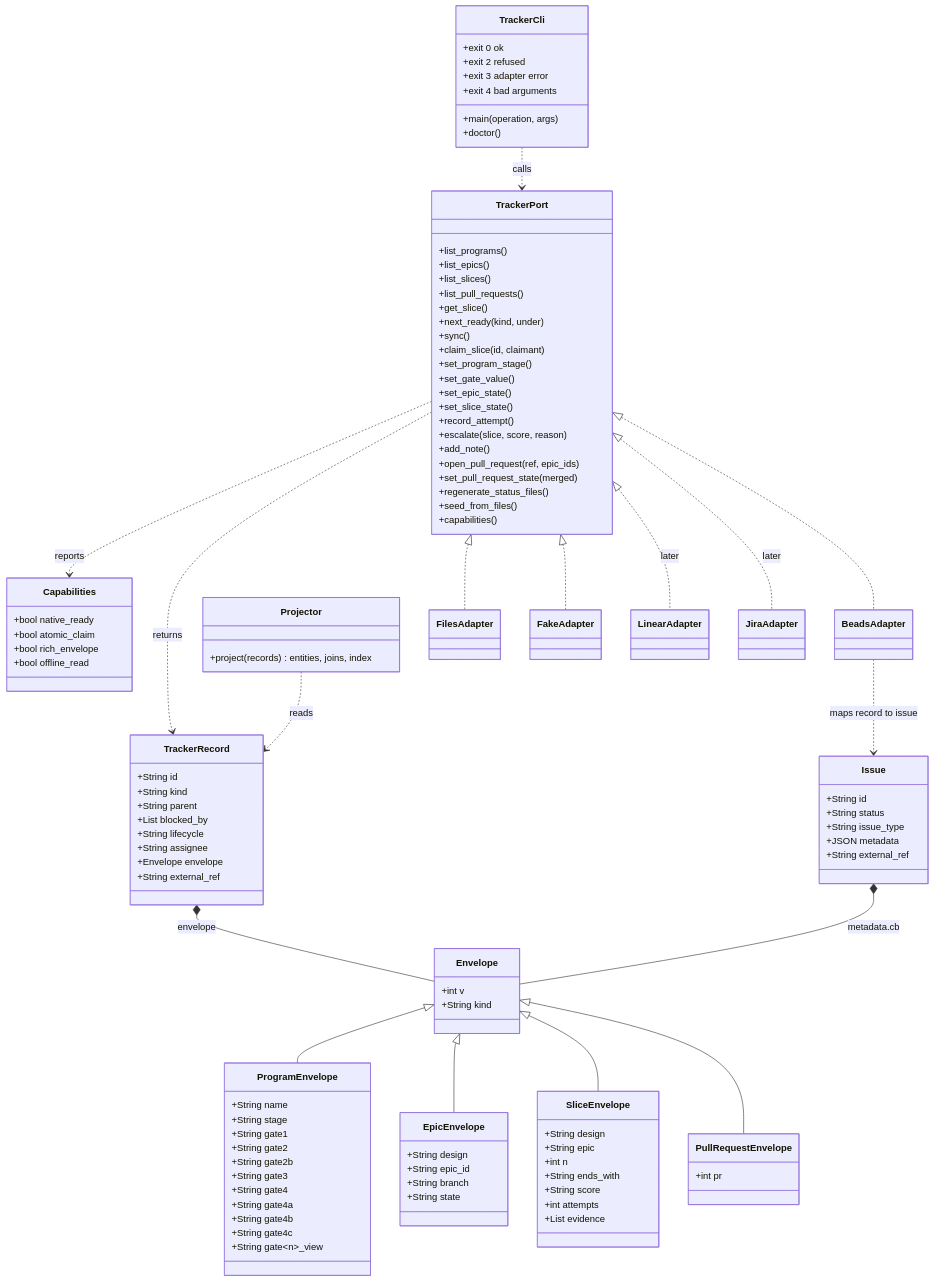
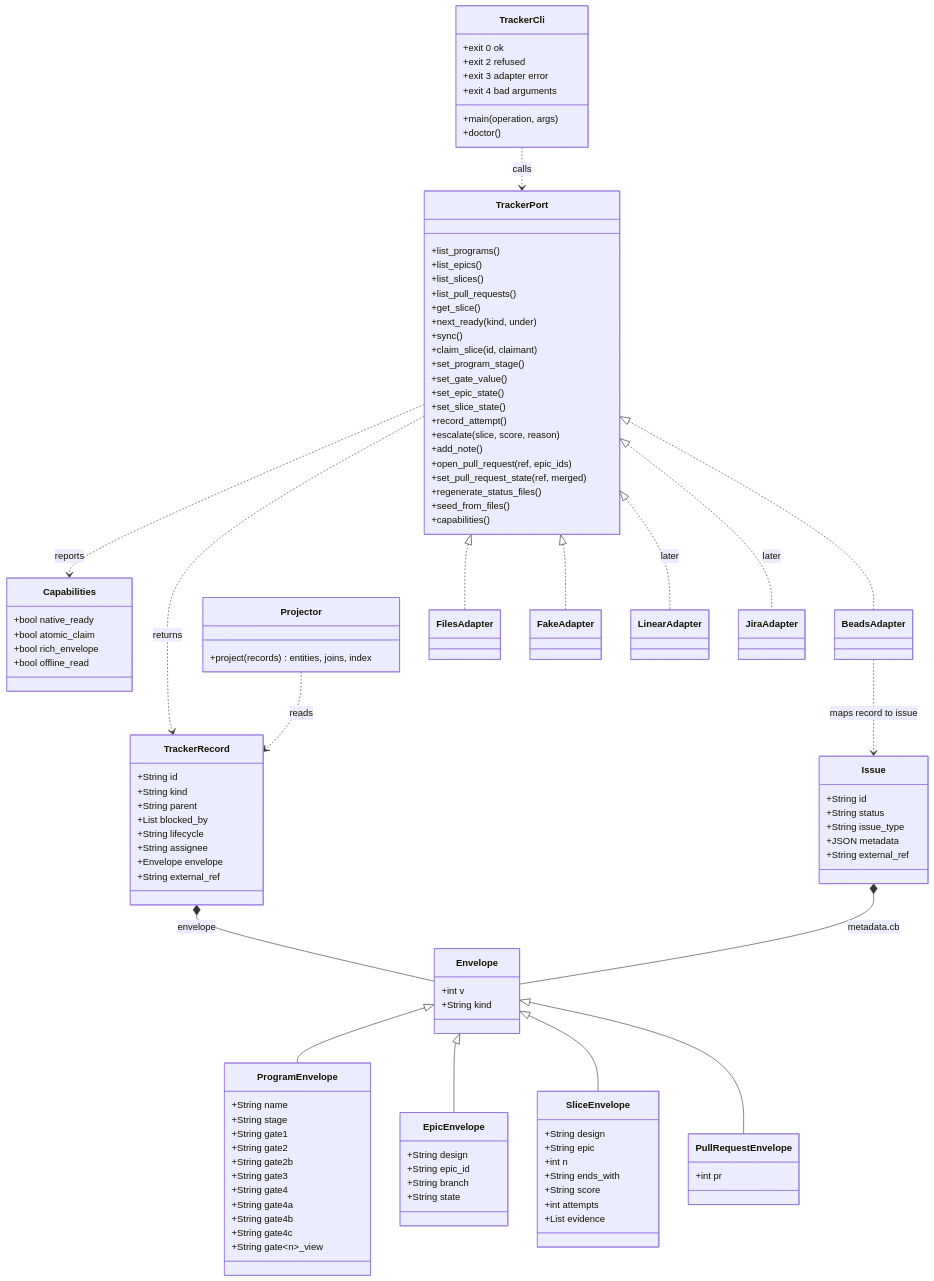
One commit to bjornslib/cobuilder-plugin changed the diagram in docs/architecture/designs/beads-storage/diagrams/level-3.mmd. Above: the diagram before and after it, drawn with Mermaid. The commit also changed 41 other files, not shown here.

```diff
--- a/docs/architecture/designs/beads-storage/diagrams/level-3.mmd
+++ b/docs/architecture/designs/beads-storage/diagrams/level-3.mmd
@@ -1,114 +1,114 @@
 classDiagram
     class TrackerRecord {
         +String id
         +String kind
         +String parent
         +List blocked_by
         +String lifecycle
         +String assignee
         +Envelope envelope
         +String external_ref
     }
     class TrackerPort {
         +list_programs()
         +list_epics()
         +list_slices()
         +list_pull_requests()
         +get_slice()
         +next_ready(kind, under)
         +sync()
         +claim_slice(id, claimant)
         +set_program_stage()
         +set_gate_value()
         +set_epic_state()
         +set_slice_state()
         +record_attempt()
         +escalate(slice, score, reason)
         +add_note()
         +open_pull_request(ref, epic_ids)
-        +set_pull_request_state(merged)
+        +set_pull_request_state(ref, merged)
         +regenerate_status_files()
         +seed_from_files()
         +capabilities()
     }
     class TrackerCli {
         +main(operation, args)
         +doctor()
         +exit 0 ok
         +exit 2 refused
         +exit 3 adapter error
         +exit 4 bad arguments
     }
     class Capabilities {
         +bool native_ready
         +bool atomic_claim
         +bool rich_envelope
         +bool offline_read
     }
     class Projector {
         +project(records) entities, joins, index
     }
     class BeadsAdapter
     class FilesAdapter
     class FakeAdapter
     class LinearAdapter
     class JiraAdapter
     class Issue {
         +String id
         +String status
         +String issue_type
         +JSON metadata
         +String external_ref
     }
     class Envelope {
         +int v
         +String kind
     }
     class ProgramEnvelope {
         +String name
         +String stage
         +String gate1
         +String gate2
         +String gate2b
         +String gate3
         +String gate4
         +String gate4a
         +String gate4b
         +String gate4c
         +String gate#lt;n#gt;_view
     }
     class EpicEnvelope {
         +String design
         +String epic_id
         +String branch
         +String state
     }
     class SliceEnvelope {
         +String design
         +String epic
         +int n
         +String ends_with
         +String score
         +int attempts
         +List evidence
     }
     class PullRequestEnvelope {
         +int pr
     }
 
     TrackerCli ..> TrackerPort : calls
     TrackerPort ..> TrackerRecord : returns
     TrackerPort ..> Capabilities : reports
     Projector ..> TrackerRecord : reads
     TrackerPort <|.. BeadsAdapter
     TrackerPort <|.. FilesAdapter
     TrackerPort <|.. FakeAdapter
     TrackerPort <|.. LinearAdapter : later
     TrackerPort <|.. JiraAdapter : later
     BeadsAdapter ..> Issue : maps record to issue
     TrackerRecord *-- Envelope : envelope
     Issue *-- Envelope : metadata.cb
     Envelope <|-- ProgramEnvelope
     Envelope <|-- EpicEnvelope
     Envelope <|-- SliceEnvelope
     Envelope <|-- PullRequestEnvelope
```
